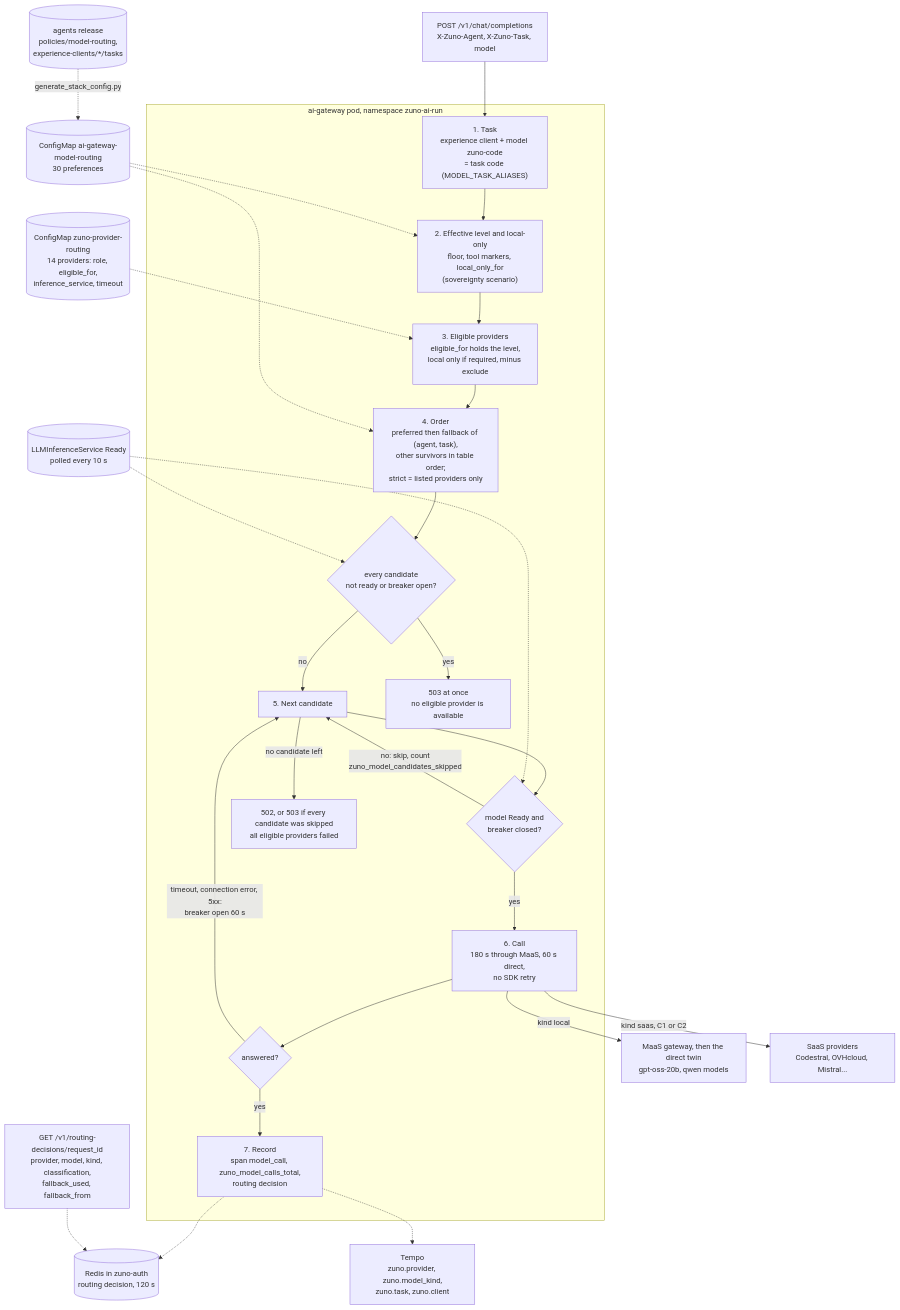
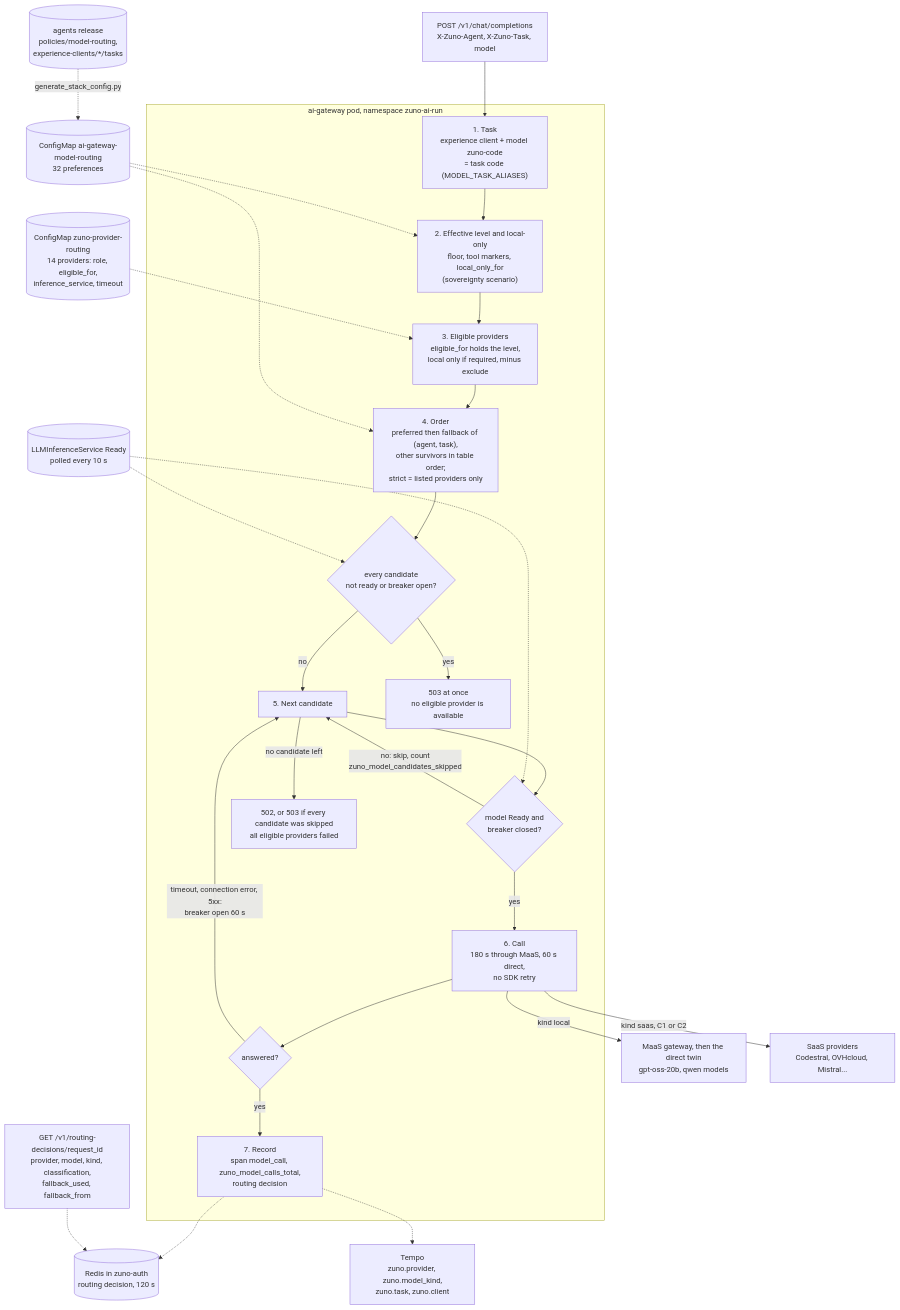
Before and after one commit to startxfr/zuno-demo: the second of 2 diagrams in docs/demo/scenarios/governance/ai-gateway-routing.md, drawn with Mermaid. The commit also changed other lines of this file and 27 other files, not shown here.

First line of the commit message:
docs(demo scenarios): the 30 scenario pages are proofread in full against the charts, roles and ADRs; 20 are dated, 10 wait for a fact the repository cannot prove

````diff
--- a/docs/demo/scenarios/governance/ai-gateway-routing.md
+++ b/docs/demo/scenarios/governance/ai-gateway-routing.md
@@ -248,41 +250,41 @@
 ```mermaid
 flowchart TB
   REQ["POST /v1/chat/completions<br/>X-Zuno-Agent, X-Zuno-Task, model"]
   subgraph GW["ai-gateway pod, namespace zuno-ai-run"]
     TASK["1. Task<br/>experience client + model zuno-code<br/>= task code (MODEL_TASK_ALIASES)"]
     LEVEL["2. Effective level and local-only<br/>floor, tool markers, local_only_for<br/>(sovereignty scenario)"]
     ELIG["3. Eligible providers<br/>eligible_for holds the level,<br/>local only if required, minus exclude"]
     ORDER["4. Order<br/>preferred then fallback of (agent, task),<br/>other survivors in table order;<br/>strict = listed providers only"]
     NONE{"every candidate<br/>not ready or breaker open?"}
     LOOP["5. Next candidate"]
     AVAIL{"model Ready and<br/>breaker closed?"}
     CALL["6. Call<br/>180 s through MaaS, 60 s direct,<br/>no SDK retry"]
     OK{"answered?"}
     REC["7. Record<br/>span model_call, zuno_model_calls_total,<br/>routing decision"]
     E503["503 at once<br/>no eligible provider is available"]
     EFAIL["502, or 503 if every candidate was skipped<br/>all eligible providers failed"]
   end
   REL[("agents release<br/>policies/model-routing,<br/>experience-clients/*/tasks")]
-  CMR[("ConfigMap ai-gateway-model-routing<br/>30 preferences")]
+  CMR[("ConfigMap ai-gateway-model-routing<br/>32 preferences")]
   CMP[("ConfigMap zuno-provider-routing<br/>14 providers: role, eligible_for,<br/>inference_service, timeout")]
   LIS[("LLMInferenceService Ready<br/>polled every 10 s")]
   REDIS[("Redis in zuno-auth<br/>routing decision, 120 s")]
   API["GET /v1/routing-decisions/request_id<br/>provider, model, kind, classification,<br/>fallback_used, fallback_from"]
   REQ --> TASK --> LEVEL --> ELIG --> ORDER --> NONE
   NONE -- yes --> E503
   NONE -- no --> LOOP --> AVAIL
   AVAIL -- "no: skip, count<br/>zuno_model_candidates_skipped" --> LOOP
   AVAIL -- yes --> CALL --> OK
   OK -- "timeout, connection error, 5xx:<br/>breaker open 60 s" --> LOOP
   OK -- yes --> REC
   LOOP -- "no candidate left" --> EFAIL
   REL -. "generate_stack_config.py" .-> CMR
   CMR -.-> LEVEL & ORDER
   CMP -.-> ELIG
   LIS -.-> NONE & AVAIL
   CALL -->|"kind local"| MAAS["MaaS gateway, then the direct twin<br/>gpt-oss-20b, qwen models"]
   CALL -->|"kind saas, C1 or C2"| SAASP["SaaS providers<br/>Codestral, OVHcloud, Mistral..."]
   REC -.-> REDIS
   API -.-> REDIS
   REC -.-> TEMPO["Tempo<br/>zuno.provider, zuno.model_kind,<br/>zuno.task, zuno.client"]
 ```
````
